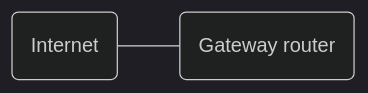
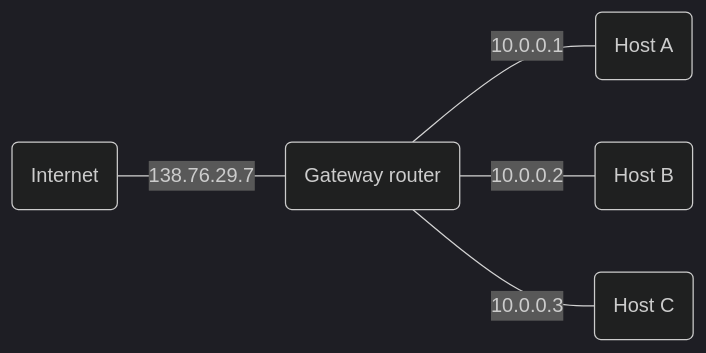
The diagram in Rutgers/2022 Fall/352/Notes/Lecture 22.md (benwang2/obsidian-f22), drawn with Mermaid (dark theme) before and after one commit. The commit also changed other lines of this file, not shown here.

Commit message:
vault backup: 2022-12-15 17:15:29

````diff
--- a/Rutgers/2022 Fall/352/Notes/Lecture 22.md
+++ b/Rutgers/2022 Fall/352/Notes/Lecture 22.md
@@ -45,5 +45,7 @@
 ```mermaid
 graph LR;
-	A(Internet) --- B(Gateway router)
-	B
+	A(Internet) ---|138.76.29.7| B(Gateway router)
+	B ---|10.0.0.1| C(Host A)
+	B ---|10.0.0.2| D(Host B)
+	B ---|10.0.0.3| E(Host C)
 ```
````
